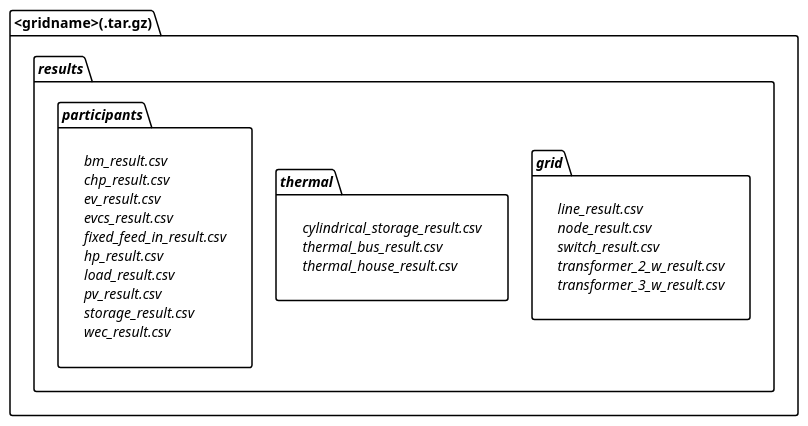
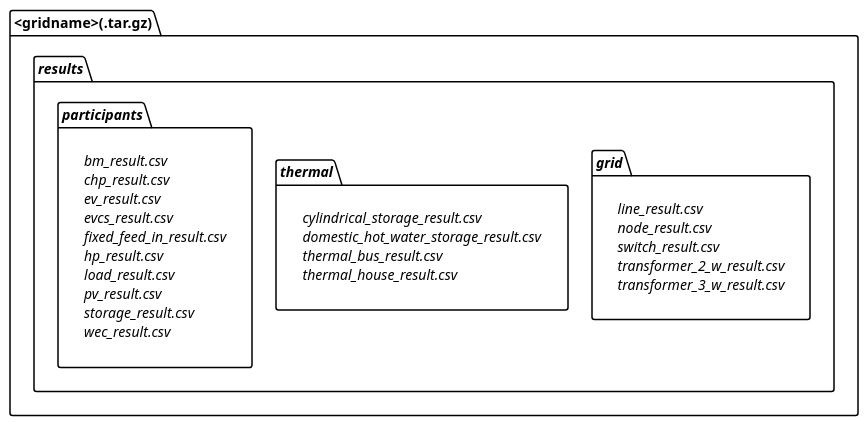
Before and after one commit to ie3-institute/PowerSystemDataModel: the diagram in docs/uml/main/input/DefaultResultDirectoryHierarchy.puml, drawn with PlantUML. The commit also changed 3 other files, not shown here.

Commit message:
introduce changes also to all other puml diagrams

```diff
--- a/docs/uml/main/input/DefaultResultDirectoryHierarchy.puml
+++ b/docs/uml/main/input/DefaultResultDirectoryHierarchy.puml
@@ -1,17 +1,17 @@
 @startuml
 
 package <gridname>(.tar.gz) {
     package //results// {
         package //grid// {
             label "//line_result.csv//\n//node_result.csv//\n//switch_result.csv//\n//transformer_2_w_result.csv//\n//transformer_3_w_result.csv//"
         }
         package "//thermal//" {
-            label "//cylindrical_storage_result.csv//\n//thermal_bus_result.csv//\n//thermal_house_result.csv//"
+            label "//cylindrical_storage_result.csv//\n//domestic_hot_water_storage_result.csv//\n//thermal_bus_result.csv//\n//thermal_house_result.csv//"
         }
         package "//participants//" {
             label "//bm_result.csv//\n//chp_result.csv//\n//ev_result.csv//\n//evcs_result.csv//\n//fixed_feed_in_result.csv//\n//hp_result.csv//\n//load_result.csv//\n//pv_result.csv//\n//storage_result.csv//\n//wec_result.csv//"
         }
     }
 }
 
 @enduml
```
